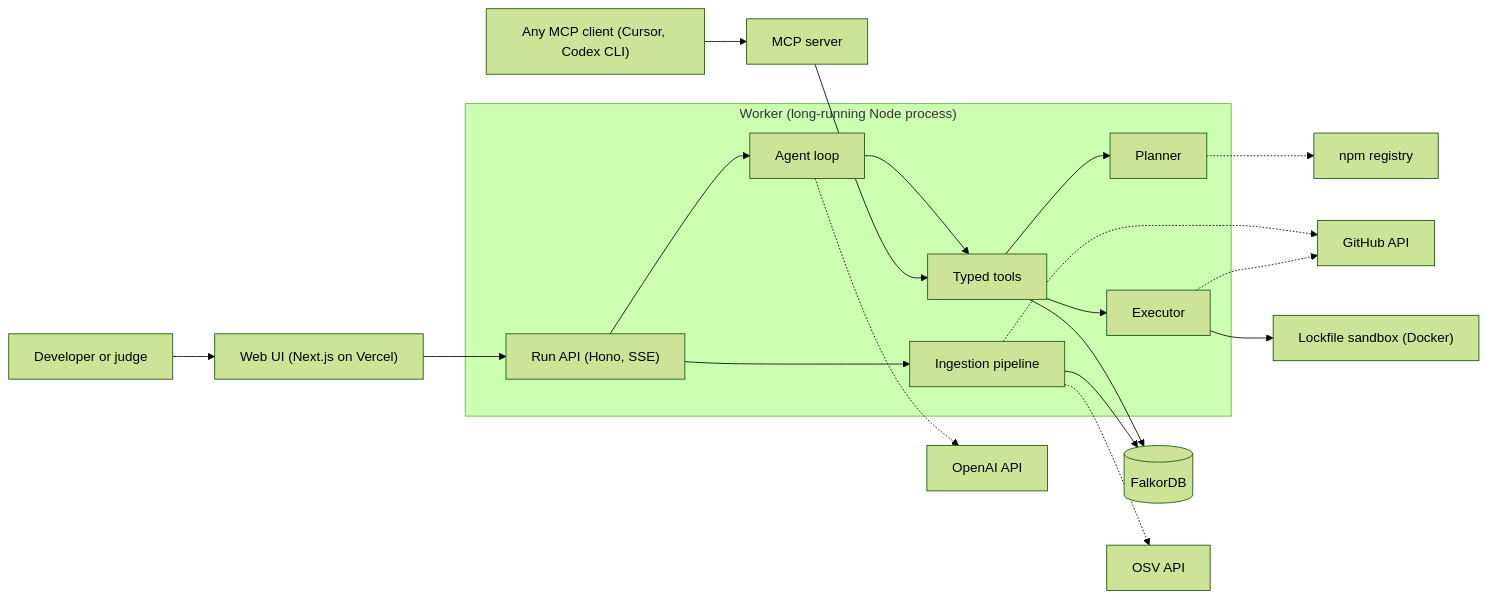
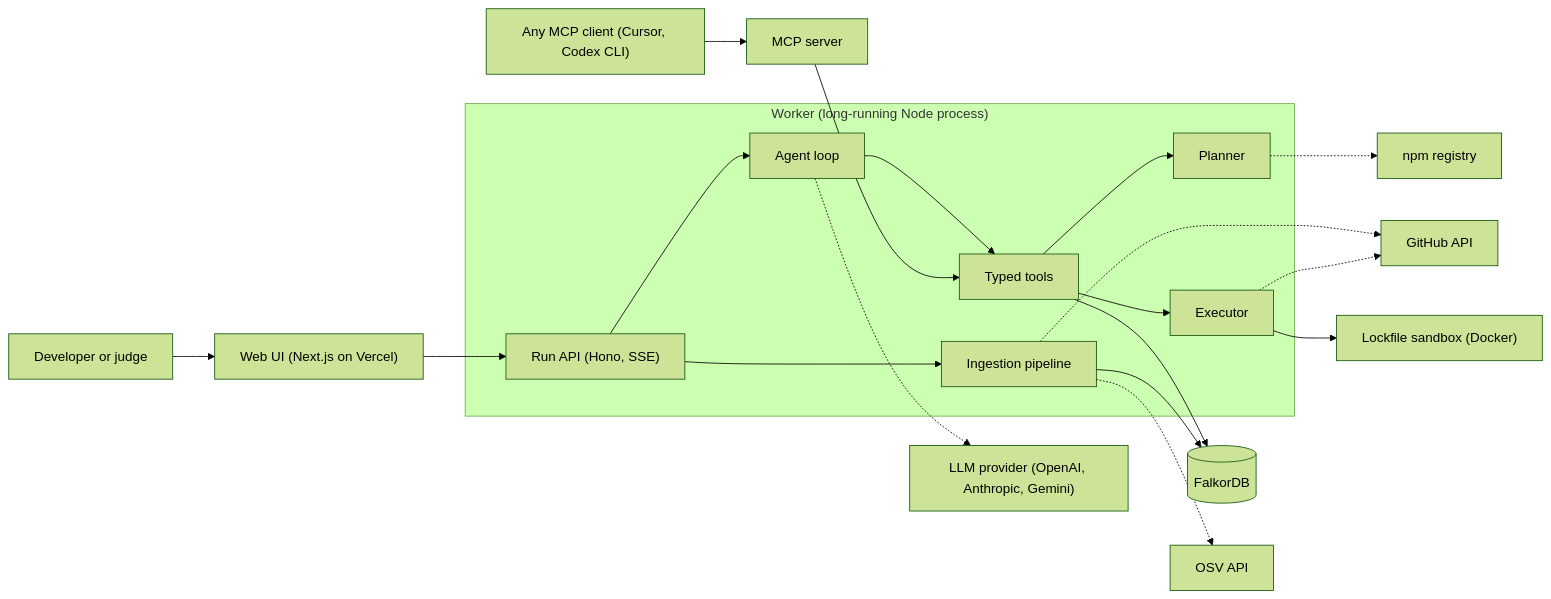
One commit to sakibalig/noderunner changed the first of 3 diagrams in documents/public/architecture.md. Above: the diagram before and after it, drawn with Mermaid (forest theme). The commit also changed other lines of this file and 21 other files, not shown here.

First line of the commit message:
feat(core): make the LLM provider vendor-neutral (OpenAI, Anthropic, Gemini)

````diff
--- a/documents/public/architecture.md
+++ b/documents/public/architecture.md
@@ -40,22 +40,22 @@
 ```mermaid
 flowchart LR
     user["Developer or judge"] --> web["Web UI (Next.js on Vercel)"]
     client["Any MCP client (Cursor, Codex CLI)"] --> mcp["MCP server"]
     subgraph worker["Worker (long-running Node process)"]
         api["Run API (Hono, SSE)"] --> agent["Agent loop"]
         agent --> tools["Typed tools"]
         api --> ingest["Ingestion pipeline"]
         tools --> planner["Planner"]
         tools --> executor["Executor"]
     end
     web --> api
     mcp --> tools
-    agent -.-> llm["OpenAI API"]
+    agent -.-> llm["LLM provider (OpenAI, Anthropic, Gemini)"]
     tools --> db[("FalkorDB")]
     ingest --> db
     ingest -.-> github["GitHub API"]
     ingest -.-> osv["OSV API"]
     planner -.-> npm["npm registry"]
     executor -.-> github
     executor --> sandbox["Lockfile sandbox (Docker)"]
 ```
````
